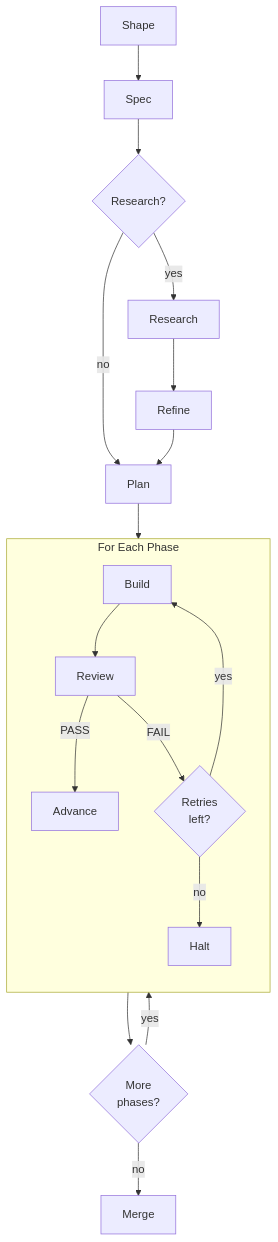
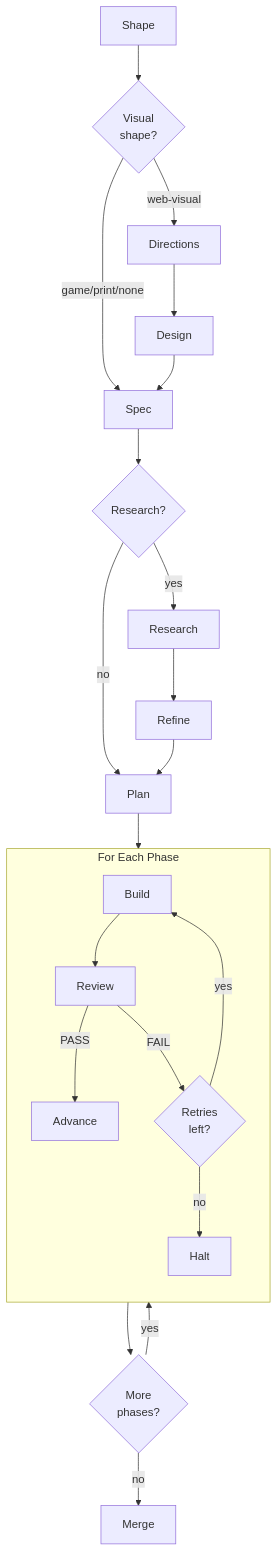
One commit to robmclarty/ridgeline changed the diagram in docs/build-lifecycle.md. Above: the diagram before and after it, drawn with Mermaid. The commit also changed other lines of this file and 6 other files, not shown here.

````diff
--- a/docs/build-lifecycle.md
+++ b/docs/build-lifecycle.md
@@ -9,23 +9,27 @@
 ```mermaid
 flowchart TB
-    shape[Shape] --> spec[Spec]
+    shape[Shape] --> visual_decision{Visual\nshape?}
+    visual_decision -->|web-visual| directions[Directions]
+    visual_decision -->|game/print/none| spec
+    directions --> design[Design]
+    design --> spec[Spec]
     spec --> research_decision{Research?}
     research_decision -->|yes| research[Research]
     research_decision -->|no| plan
     research --> refine[Refine]
     refine --> plan[Plan]
     plan --> phase_loop
 
     subgraph phase_loop ["For Each Phase"]
         direction TB
         build[Build] --> review[Review]
         review -->|PASS| advance[Advance]
         review -->|FAIL| retry{Retries\nleft?}
         retry -->|yes| build
         retry -->|no| halt[Halt]
     end
 
     advance --> done{More\nphases?}
     done -->|yes| phase_loop
     done -->|no| merge[Merge]
 ```
````
